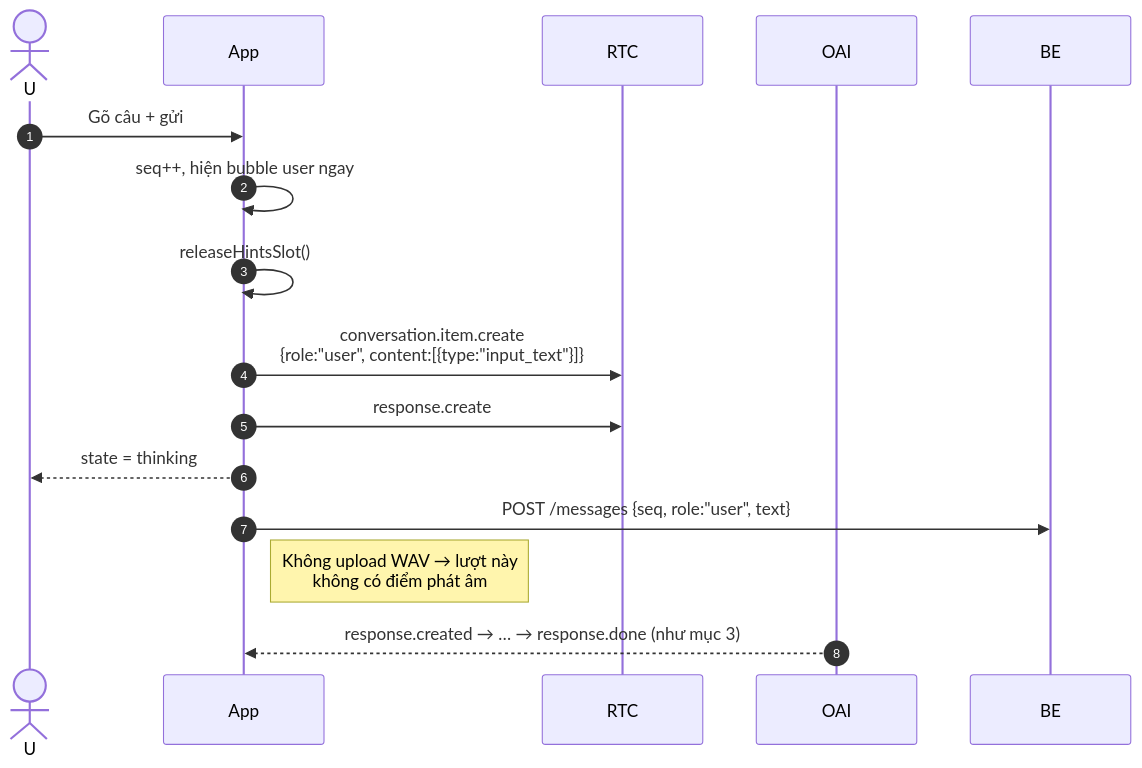
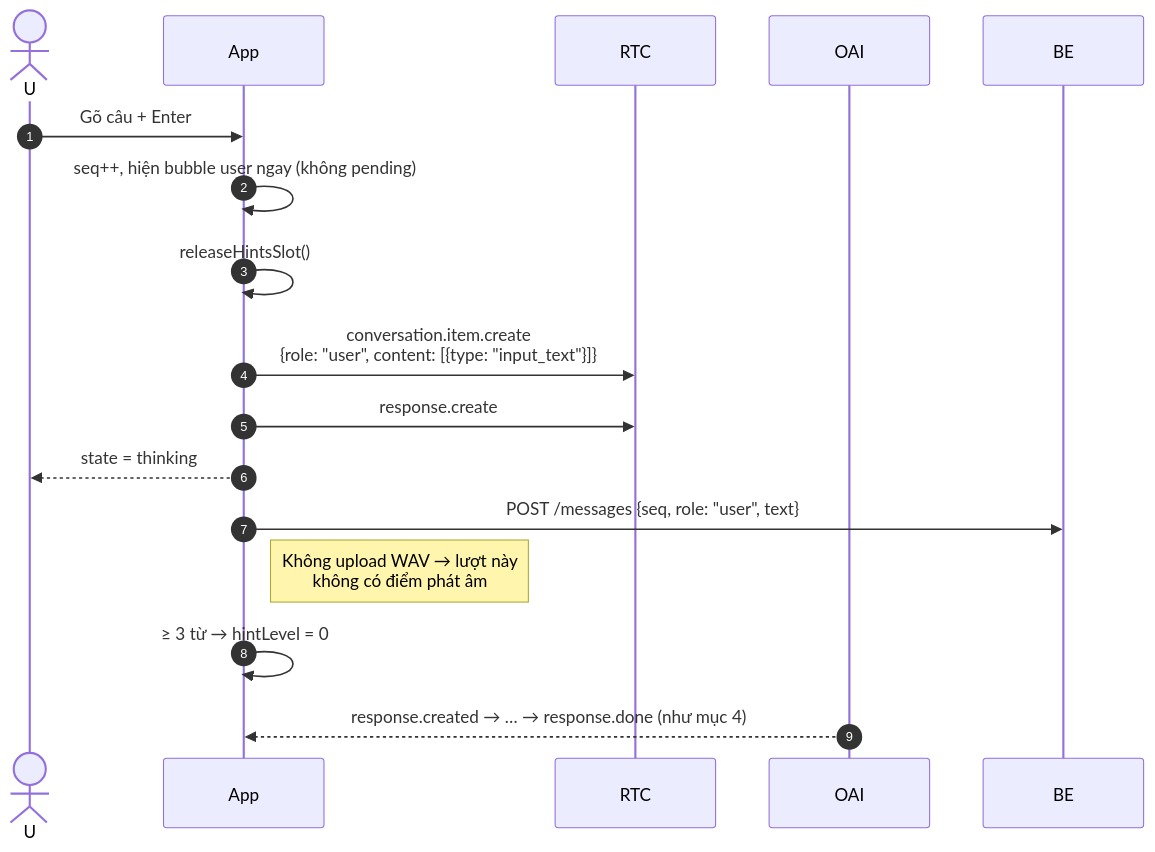
One commit to buingocthanh239/ai-talk-webrtc changed the ninth of 17 diagrams in docs/ai-talk-flow.md. Above: the diagram before and after it, drawn with Mermaid. The commit also changed other lines of this file and 3 other files, not shown here.

````diff
--- a/docs/ai-talk-flow.md
+++ b/docs/ai-talk-flow.md
@@ -260,19 +536,20 @@
 ```mermaid
 sequenceDiagram
     autonumber
     actor U
     participant App
     participant RTC
     participant OAI
     participant BE
 
-    U->>App: Gõ câu + gửi
-    App->>App: seq++, hiện bubble user ngay
+    U->>App: Gõ câu + Enter
+    App->>App: seq++, hiện bubble user ngay (không pending)
     App->>App: releaseHintsSlot()
-    App->>RTC: conversation.item.create<br/>{role:"user", content:[{type:"input_text"}]}
+    App->>RTC: conversation.item.create<br/>{role: "user", content: [{type: "input_text"}]}
     App->>RTC: response.create
     App-->>U: state = thinking
-    App->>BE: POST /messages {seq, role:"user", text}
+    App->>BE: POST /messages {seq, role: "user", text}
     Note right of App: Không upload WAV → lượt này<br/>không có điểm phát âm
-    OAI-->>App: response.created → … → response.done (như mục 3)
+    App->>App: ≥ 3 từ → hintLevel = 0
+    OAI-->>App: response.created → … → response.done (như mục 4)
 ```
````
